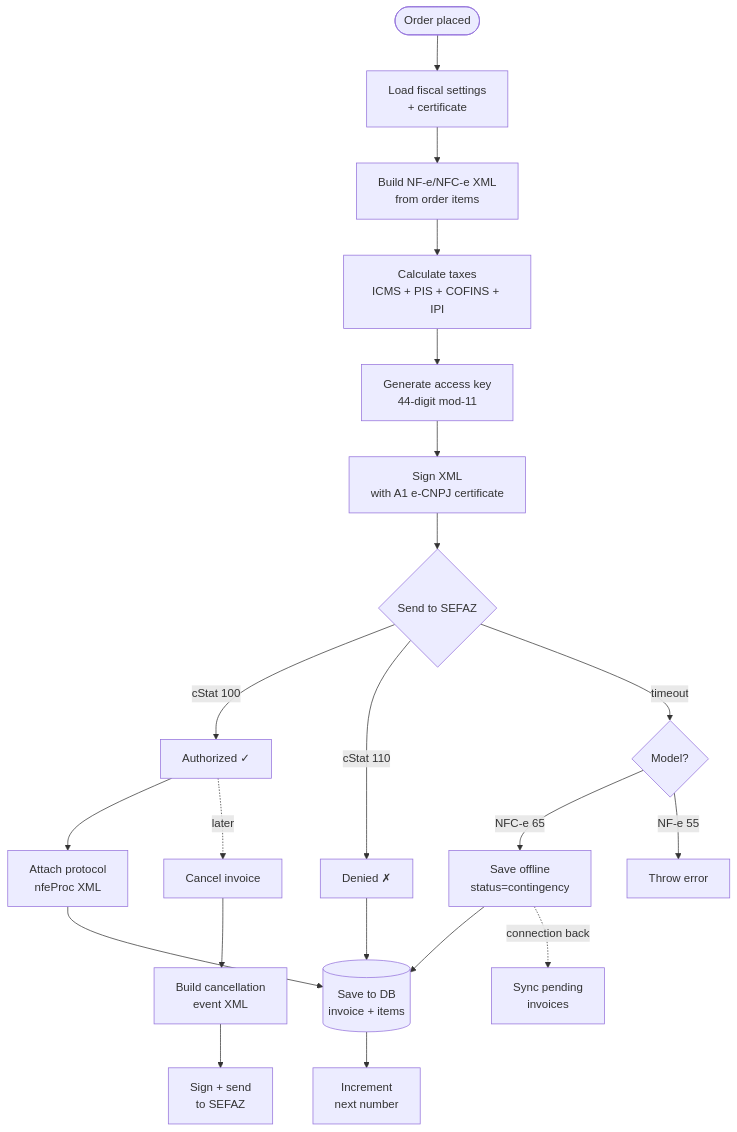
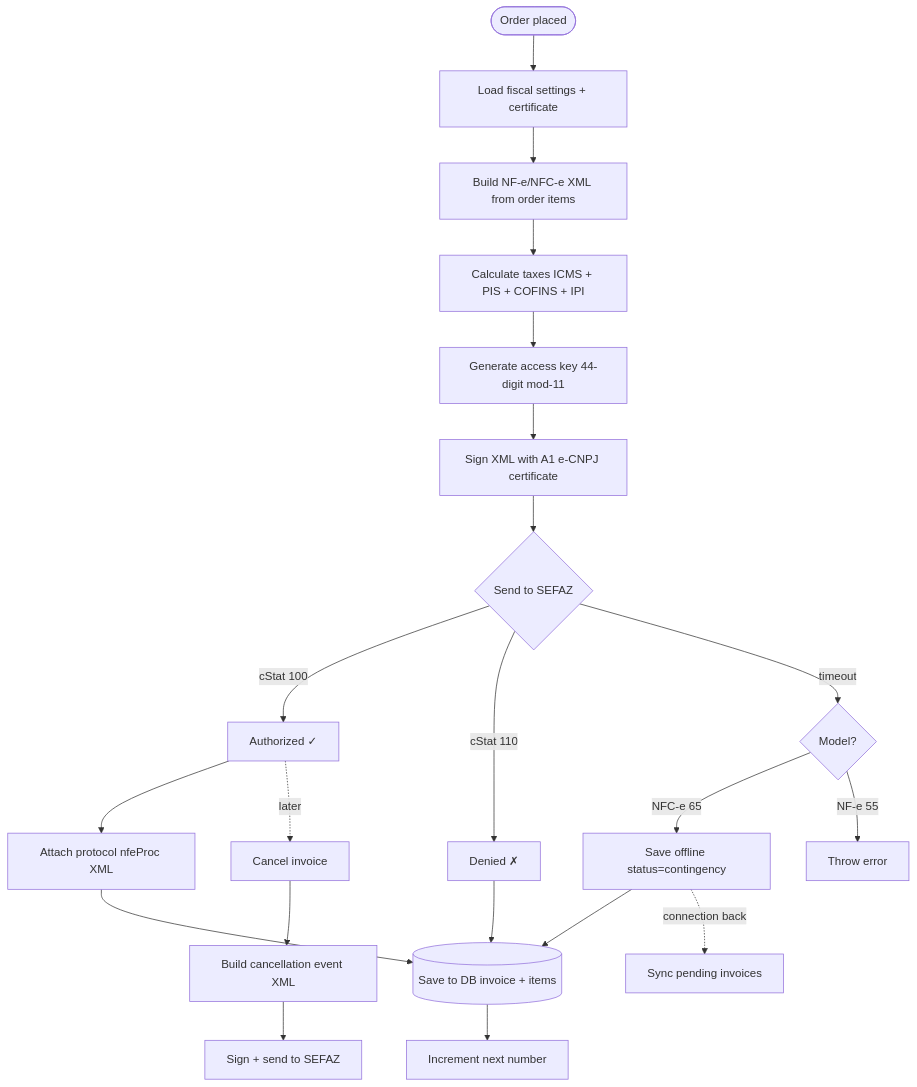
Before and after one commit to JoaoHenriqueBarbosa/FinOpenPOS: the second of 6 diagrams in README.md, drawn with Mermaid. The commit also changed other lines of this file and 4 other files, not shown here.

````diff
--- a/README.md
+++ b/README.md
@@ -179,29 +179,29 @@
 ```mermaid
 flowchart TD
-  Start([Order placed]) --> LoadSettings[Load fiscal settings\n+ certificate]
-  LoadSettings --> BuildXML[Build NF-e/NFC-e XML\nfrom order items]
-  BuildXML --> CalcTax[Calculate taxes\nICMS + PIS + COFINS + IPI]
-  CalcTax --> GenKey[Generate access key\n44-digit mod-11]
-  GenKey --> Sign[Sign XML\nwith A1 e-CNPJ certificate]
+  Start([Order placed]) --> LoadSettings[Load fiscal settings + certificate]
+  LoadSettings --> BuildXML[Build NF-e/NFC-e XML from order items]
+  BuildXML --> CalcTax[Calculate taxes ICMS + PIS + COFINS + IPI]
+  CalcTax --> GenKey[Generate access key 44-digit mod-11]
+  GenKey --> Sign[Sign XML with A1 e-CNPJ certificate]
   Sign --> SendSEFAZ{Send to SEFAZ}
 
   SendSEFAZ -->|cStat 100| Authorized[Authorized ✓]
   SendSEFAZ -->|cStat 110| Denied[Denied ✗]
   SendSEFAZ -->|timeout| Contingency{Model?}
 
-  Contingency -->|NFC-e 65| Offline[Save offline\nstatus=contingency]
+  Contingency -->|NFC-e 65| Offline[Save offline status=contingency]
   Contingency -->|NF-e 55| Error[Throw error]
 
-  Authorized --> AttachProto[Attach protocol\nnfeProc XML]
-  AttachProto --> SaveDB[(Save to DB\ninvoice + items)]
+  Authorized --> AttachProto[Attach protocol nfeProc XML]
+  AttachProto --> SaveDB[(Save to DB invoice + items)]
   Offline --> SaveDB
   Denied --> SaveDB
 
-  SaveDB --> IncrNumber[Increment\nnext number]
+  SaveDB --> IncrNumber[Increment next number]
 
   Authorized -.->|later| Cancel[Cancel invoice]
-  Cancel --> EventXML[Build cancellation\nevent XML]
-  EventXML --> SignEvent[Sign + send\nto SEFAZ]
+  Cancel --> EventXML[Build cancellation event XML]
+  EventXML --> SignEvent[Sign + send to SEFAZ]
 
-  Offline -.->|connection back| Sync[Sync pending\ninvoices]
+  Offline -.->|connection back| Sync[Sync pending invoices]
 ```
````
